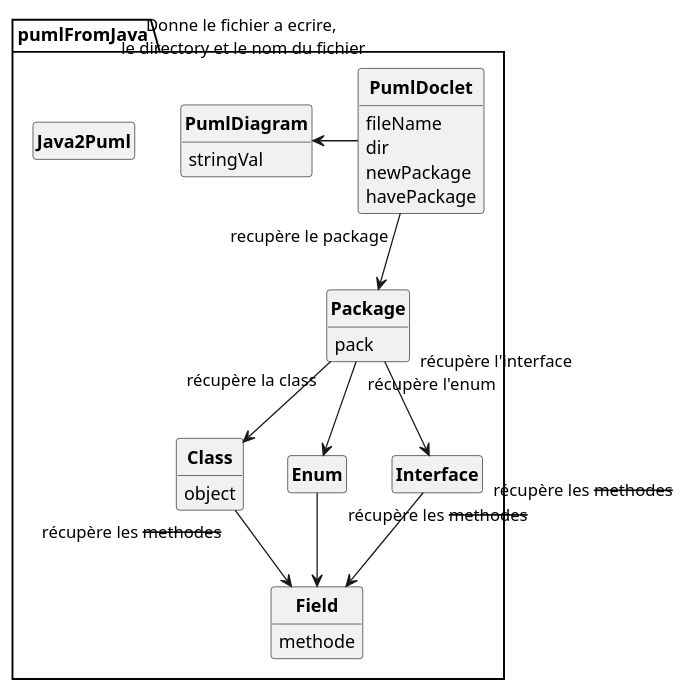
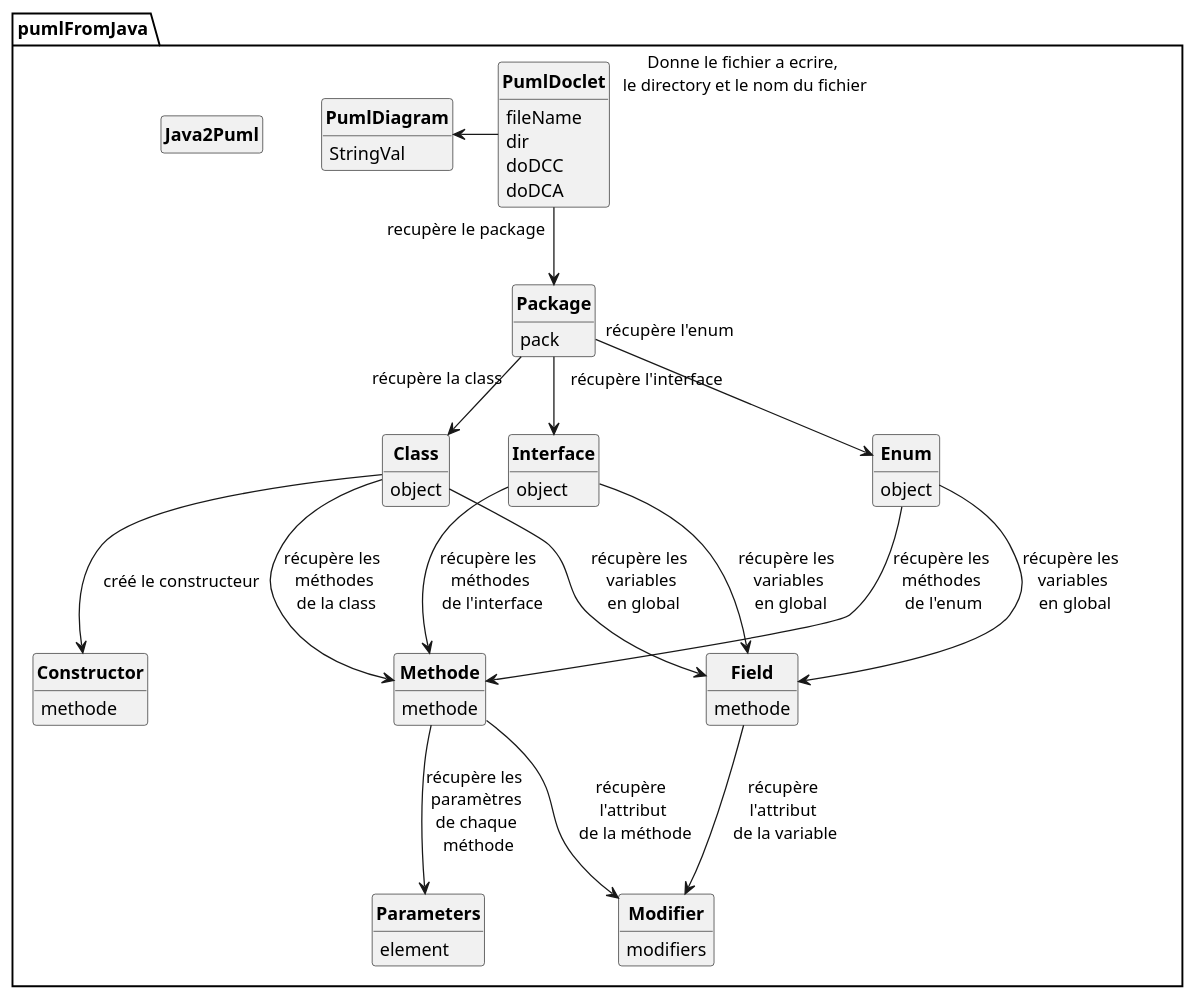
Before and after one commit to D3B1RUM4N/PumlFromJava: the diagram in puml/DiagrammesCodeEleve/DcaCodeEleve.puml, drawn with PlantUML. The commit also changed 1 other file, not shown here.

Commit message:
Modification du dca et du dcc

```diff
--- a/puml/DiagrammesCodeEleve/DcaCodeEleve.puml
+++ b/puml/DiagrammesCodeEleve/DcaCodeEleve.puml
@@ -1,54 +1,91 @@
 @startuml
 
 'UML GENERE PAR CODE :)
 
 skinparam style strictuml
 skinparam classAttributeIconSize 0
 skinparam classFontStyle Bold
 hide empty members
 
 PACKAGE pumlFromJava{
-	CLASS Class{
-		object
-	}
+class PumlDiagram{
+        StringVal
+    }
 
-	CLASS Field{
-		methode
-	}
+    class Java2Puml{
 
-	CLASS Java2Puml{
-	}
+    }
+    class PumlDoclet {
+        fileName
+        dir
+        doDCC
+        doDCA
+    }
 
-	CLASS Package{
-		pack
-	}
 
-	CLASS PumlDiagram{
-		stringVal
-	}
+    class Package{
+        pack
+    }
 
-	CLASS PumlDoclet{
-		fileName
-		dir
-		newPackage
-		havePackage
-	}
+    class Class{
+        object
 
-	 class Enum{
+    }
+
+    class Field{
+        methode
+
+    }
+
+    class Enum{
+        object
+
+    }
+
+    class Interface{
+        object
+    }
+
+    class Constructor{
+        methode
+
+    }
+
+    class Methode{
+        methode
+
+
+    }
+
+    class Modifier {
+             modifiers
         }
 
-     class Interface{
-        }
+    class Parameters {
+        element
+
+    }
 
 PumlDoclet "recupère le package" --> Package
+
 Package "récupère la class" --> Class
 Package "récupère l'interface" --> Interface
 Package "récupère l'enum" --> Enum
-Class "récupère les --methodes--" --> Field
-Interface "récupère les --methodes--" --> Field
-Enum "récupère les --methodes--" --> Field
-'Je sais que ça ne s'appelle pas méthode mais gros trou de mémoire
+
+Class  --> Field : récupère les \nvariables\n en global
+Interface  --> Field : récupère les \nvariables\n en global
+Enum  --> Field : récupère les \nvariables\n en global
+
 PumlDoclet "Donne le fichier a ecrire,\n le directory et le nom du fichier" ---l-> PumlDiagram
+Class --> Constructor : créé le constructeur
+
+Interface --> Methode : récupère les \nméthodes\n de l'interface
+Class --> Methode : récupère les \nméthodes\n de la class
+Enum --> Methode : récupère les \nméthodes \nde l'enum
+
+Methode --> Parameters : récupère les \nparamètres\nde chaque\n méthode
+Methode --> Modifier : récupère \nl'attribut\n de la méthode
+Field --> Modifier : récupère \nl'attribut \nde la variable
 
 }
 @enduml
```
